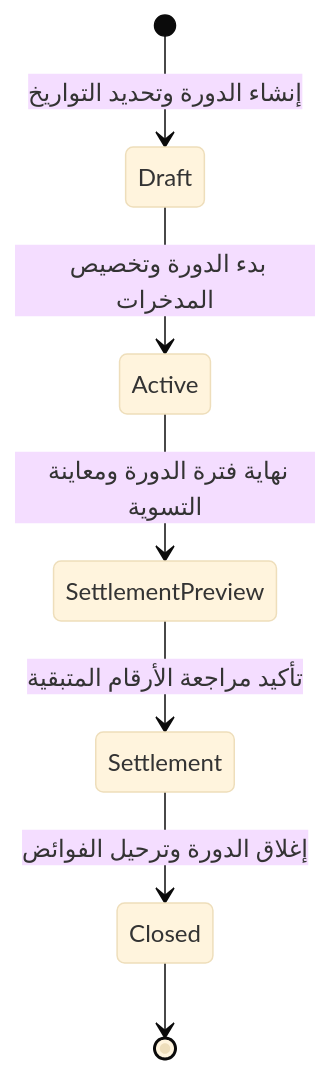
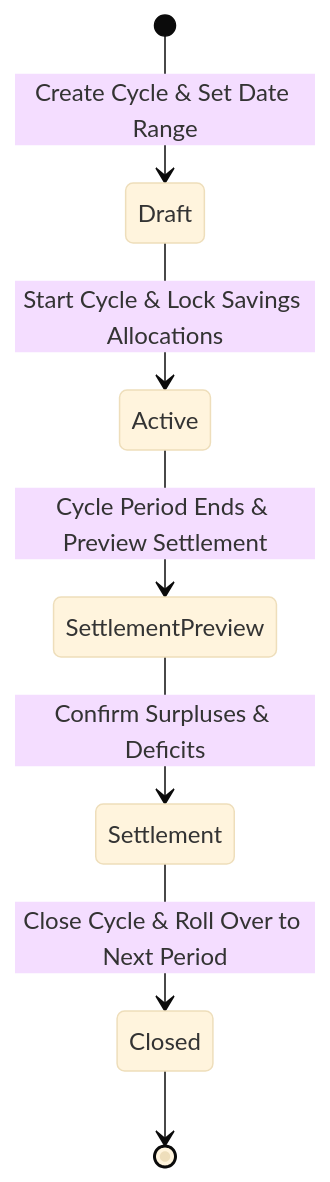
Before and after one commit to mohammadbzoor/AlphaAPP: the fourth of 8 diagrams in README.md, drawn with Mermaid (base theme). The commit also changed other lines of this file, not shown here.

````diff
--- a/README.md
+++ b/README.md
@@ -161,9 +172,9 @@
 ```mermaid
 stateDiagram-v2
-    [*] --> Draft : إنشاء الدورة وتحديد التواريخ
-    Draft --> Active : بدء الدورة وتخصيص المدخرات
-    Active --> SettlementPreview : نهاية فترة الدورة ومعاينة التسوية
-    SettlementPreview --> Settlement : تأكيد مراجعة الأرقام المتبقية
-    Settlement --> Closed : إغلاق الدورة وترحيل الفوائض
+    [*] --> Draft : Create Cycle & Set Date Range
+    Draft --> Active : Start Cycle & Lock Savings Allocations
+    Active --> SettlementPreview : Cycle Period Ends & Preview Settlement
+    SettlementPreview --> Settlement : Confirm Surpluses & Deficits
+    Settlement --> Closed : Close Cycle & Roll Over to Next Period
     Closed --> [*]
 ```
````
